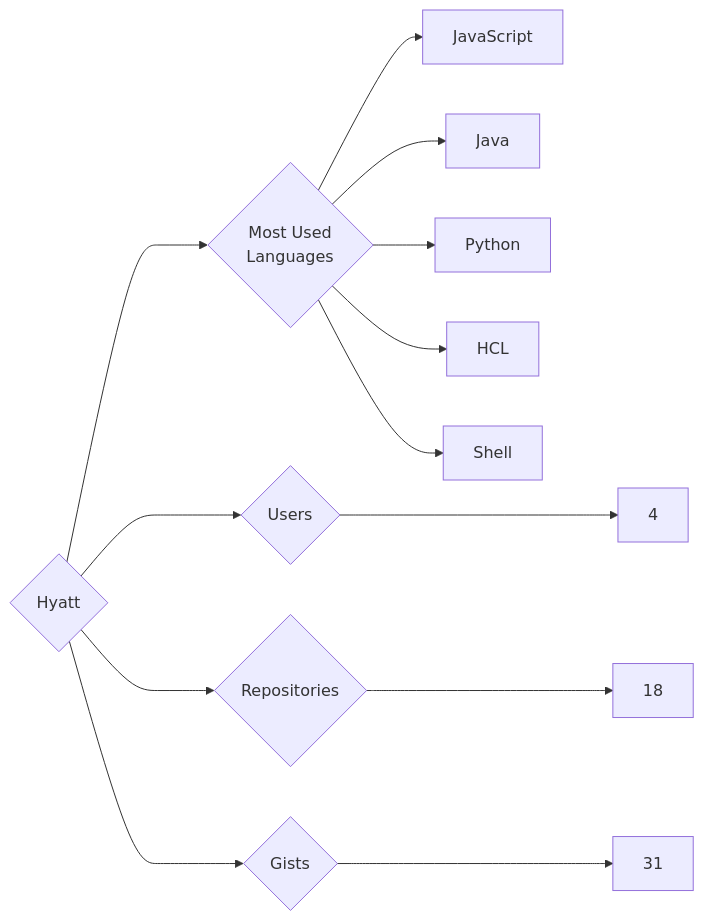
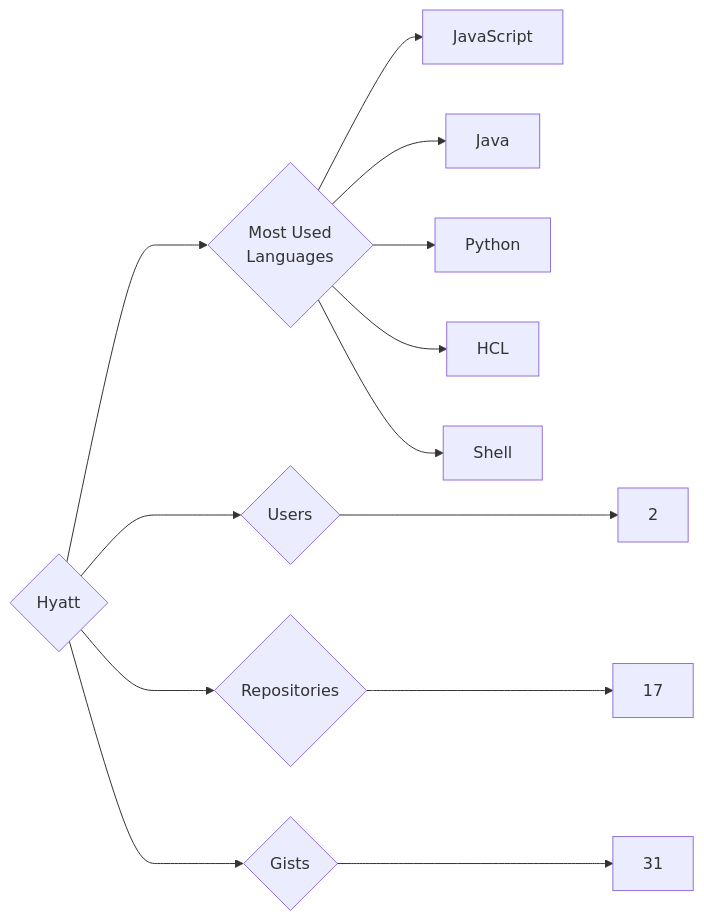
The diagram in targets/Hyatt/README.md (trickest/insiders), drawn with Mermaid before and after one commit. The commit also changed 1092 other files, not shown here.

````diff
--- a/targets/Hyatt/README.md
+++ b/targets/Hyatt/README.md
@@ -3,13 +3,13 @@
 ```mermaid
 graph LR
 COMPANY_NAME{Hyatt}
-COMPANY_NAME ---> U{Users} ---> UN[4]
-COMPANY_NAME ---> R{Repositories} ---> RN[18]
+COMPANY_NAME ---> U{Users} ---> UN[2]
+COMPANY_NAME ---> R{Repositories} ---> RN[17]
 COMPANY_NAME ---> G{Gists} ---> GN[31]
 COMPANY_NAME ---> ML{Most Used<br>Languages}
 ML --> JavaScript[JavaScript]
 ML --> Java[Java]
 ML --> Python[Python]
 ML --> HCL[HCL]
 ML --> Shell[Shell]
 ```
````
